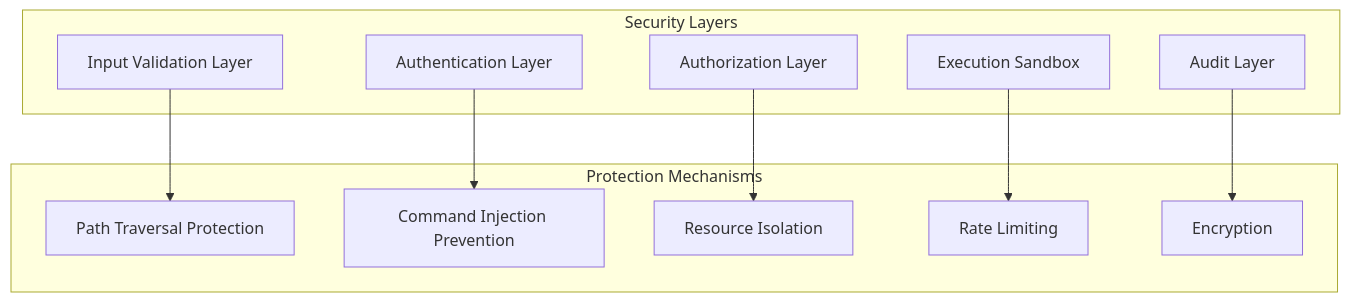
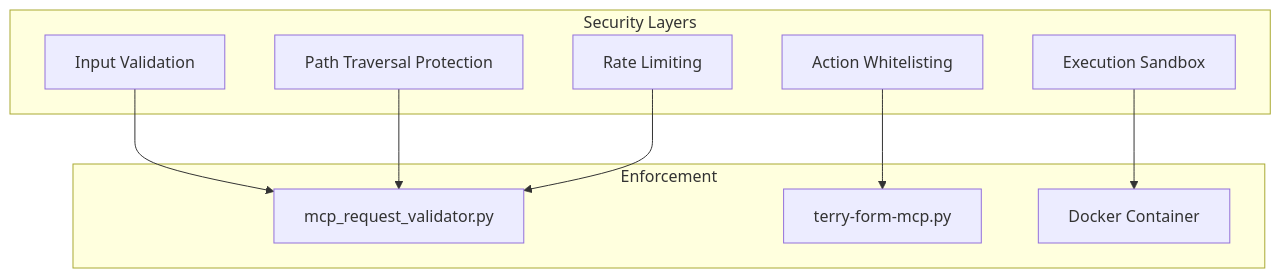
One commit to aj-geddes/terry-form-mcp changed the first of 2 diagrams in docs/_guides/security.md. Above: the diagram before and after it, drawn with Mermaid. The commit also changed other lines of this file and 80 other files, not shown here.

````diff
--- a/docs/_guides/security.md
+++ b/docs/_guides/security.md
@@ -13,24 +13,22 @@
 ```mermaid
 graph TB
     subgraph "Security Layers"
-        A[Input Validation Layer]
-        B[Authentication Layer]
-        C[Authorization Layer]
+        A[Input Validation]
+        B[Path Traversal Protection]
+        C[Action Whitelisting]
         D[Execution Sandbox]
-        E[Audit Layer]
+        E[Rate Limiting]
     end
-    
-    subgraph "Protection Mechanisms"
-        F[Path Traversal Protection]
-        G[Command Injection Prevention]
-        H[Resource Isolation]
-        I[Rate Limiting]
-        J[Encryption]
+
+    subgraph "Enforcement"
+        F[mcp_request_validator.py]
+        G[terry-form-mcp.py]
+        H[Docker Container]
     end
-    
+
     A --> F
-    B --> G
-    C --> H
-    D --> I
-    E --> J
+    B --> F
+    C --> G
+    D --> H
+    E --> F
 ```
````
